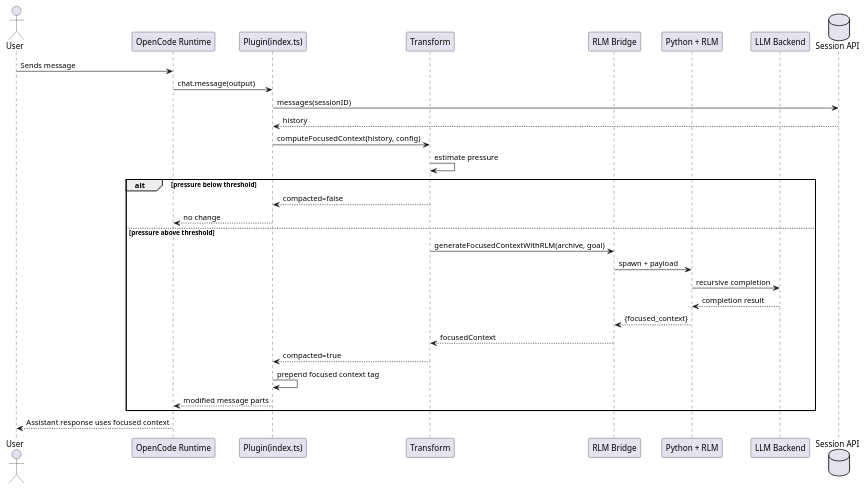
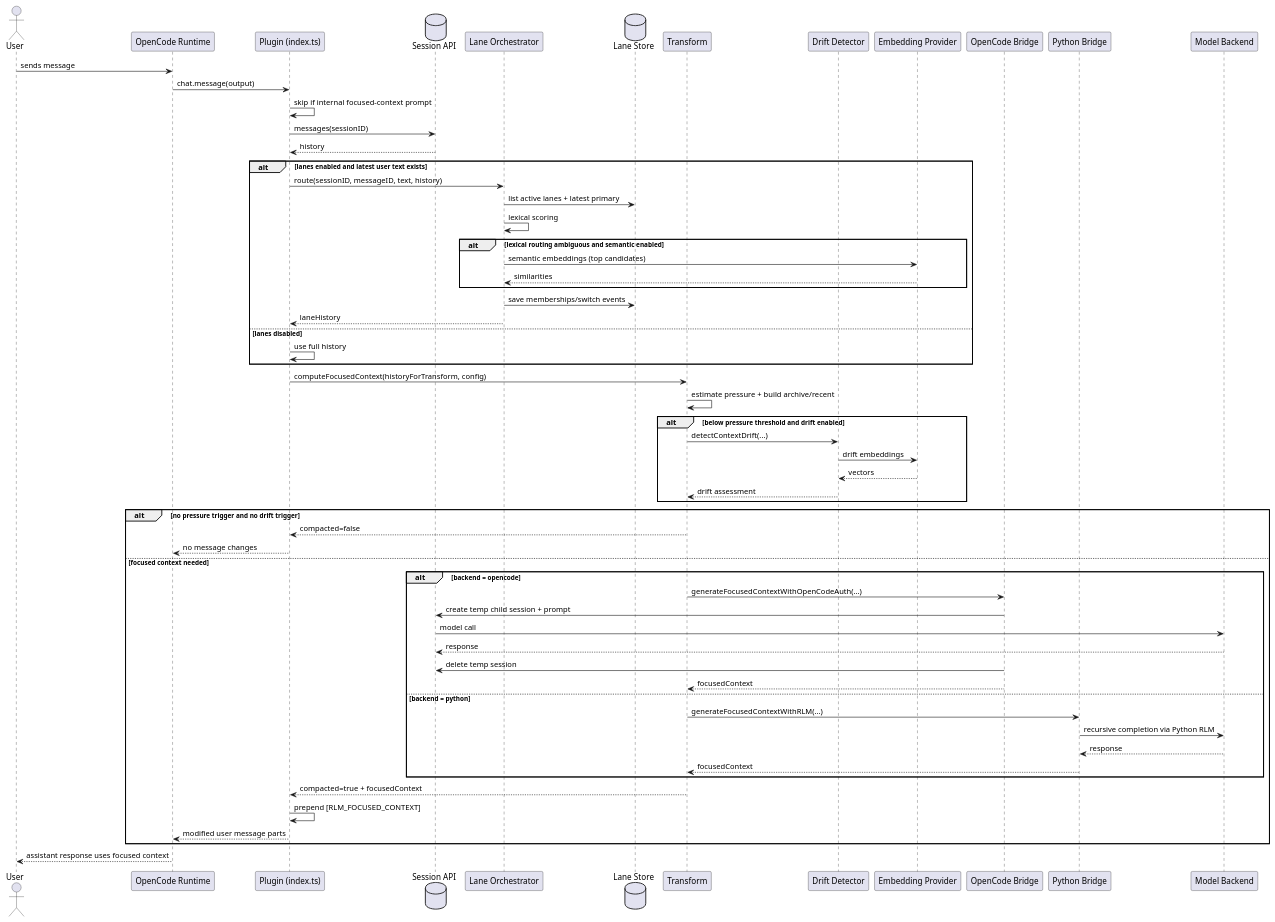
Before and after one commit to manorit2001/opencode-rlm-plugin: the second of 2 diagrams in ARCHITECTURE_UML.md, drawn with PlantUML. The commit also changed other lines of this file and 1 other file, not shown here.

Commit message:
docs: align architecture UMLs with opencode-first runtime
Update component and sequence diagrams to mirror the implemented history normalization, lane orchestration, drift/pressure compaction gating, and focused-context bridge behavior.

````diff
--- a/ARCHITECTURE_UML.md
+++ b/ARCHITECTURE_UML.md
@@ -42,36 +73,72 @@
 ```plantuml
 @startuml
 actor User
 participant "OpenCode Runtime" as Runtime
-participant "Plugin(index.ts)" as Plugin
+participant "Plugin (index.ts)" as Plugin
+database "Session API" as Session
+participant "Lane Orchestrator" as Orchestrator
+database "Lane Store" as LaneStore
 participant "Transform" as Transform
-participant "RLM Bridge" as Bridge
-participant "Python + RLM" as PyRLM
-participant "LLM Backend" as Backend
-database "Session API" as Session
+participant "Drift Detector" as Drift
+participant "Embedding Provider" as Embed
+participant "OpenCode Bridge" as OCBridge
+participant "Python Bridge" as PyBridge
+participant "Model Backend" as Backend
 
-User -> Runtime : Sends message
+User -> Runtime : sends message
 Runtime -> Plugin : chat.message(output)
+
+Plugin -> Plugin : skip if internal focused-context prompt
 Plugin -> Session : messages(sessionID)
 Session --> Plugin : history
-Plugin -> Transform : computeFocusedContext(history, config)
-Transform -> Transform : estimate pressure
 
-alt pressure below threshold
-  Transform --> Plugin : compacted=false
-  Plugin --> Runtime : no change
-else pressure above threshold
-  Transform -> Bridge : generateFocusedContextWithRLM(archive, goal)
-  Bridge -> PyRLM : spawn + payload
-  PyRLM -> Backend : recursive completion
-  Backend --> PyRLM : completion result
-  PyRLM --> Bridge : {focused_context}
-  Bridge --> Transform : focusedContext
-  Transform --> Plugin : compacted=true
-  Plugin -> Plugin : prepend focused context tag
-  Plugin --> Runtime : modified message parts
+alt lanes enabled and latest user text exists
+  Plugin -> Orchestrator : route(sessionID, messageID, text, history)
+  Orchestrator -> LaneStore : list active lanes + latest primary
+  Orchestrator -> Orchestrator : lexical scoring
+  alt lexical routing ambiguous and semantic enabled
+    Orchestrator -> Embed : semantic embeddings (top candidates)
+    Embed --> Orchestrator : similarities
+  end
+  Orchestrator -> LaneStore : save memberships/switch events
+  Orchestrator --> Plugin : laneHistory
+else lanes disabled
+  Plugin -> Plugin : use full history
 end
 
-Runtime --> User : Assistant response uses focused context
+Plugin -> Transform : computeFocusedContext(historyForTransform, config)
+Transform -> Transform : estimate pressure + build archive/recent
+
+alt below pressure threshold and drift enabled
+  Transform -> Drift : detectContextDrift(...)
+  Drift -> Embed : drift embeddings
+  Embed --> Drift : vectors
+  Drift --> Transform : drift assessment
+end
+
+alt no pressure trigger and no drift trigger
+  Transform --> Plugin : compacted=false
+  Plugin --> Runtime : no message changes
+else focused context needed
+  alt backend = opencode
+    Transform -> OCBridge : generateFocusedContextWithOpenCodeAuth(...)
+    OCBridge -> Session : create temp child session + prompt
+    Session -> Backend : model call
+    Backend --> Session : response
+    OCBridge -> Session : delete temp session
+    OCBridge --> Transform : focusedContext
+  else backend = python
+    Transform -> PyBridge : generateFocusedContextWithRLM(...)
+    PyBridge -> Backend : recursive completion via Python RLM
+    Backend --> PyBridge : response
+    PyBridge --> Transform : focusedContext
+  end
+
+  Transform --> Plugin : compacted=true + focusedContext
+  Plugin -> Plugin : prepend [RLM_FOCUSED_CONTEXT]
+  Plugin --> Runtime : modified user message parts
+end
+
+Runtime --> User : assistant response uses focused context
 @enduml
 ```
````
